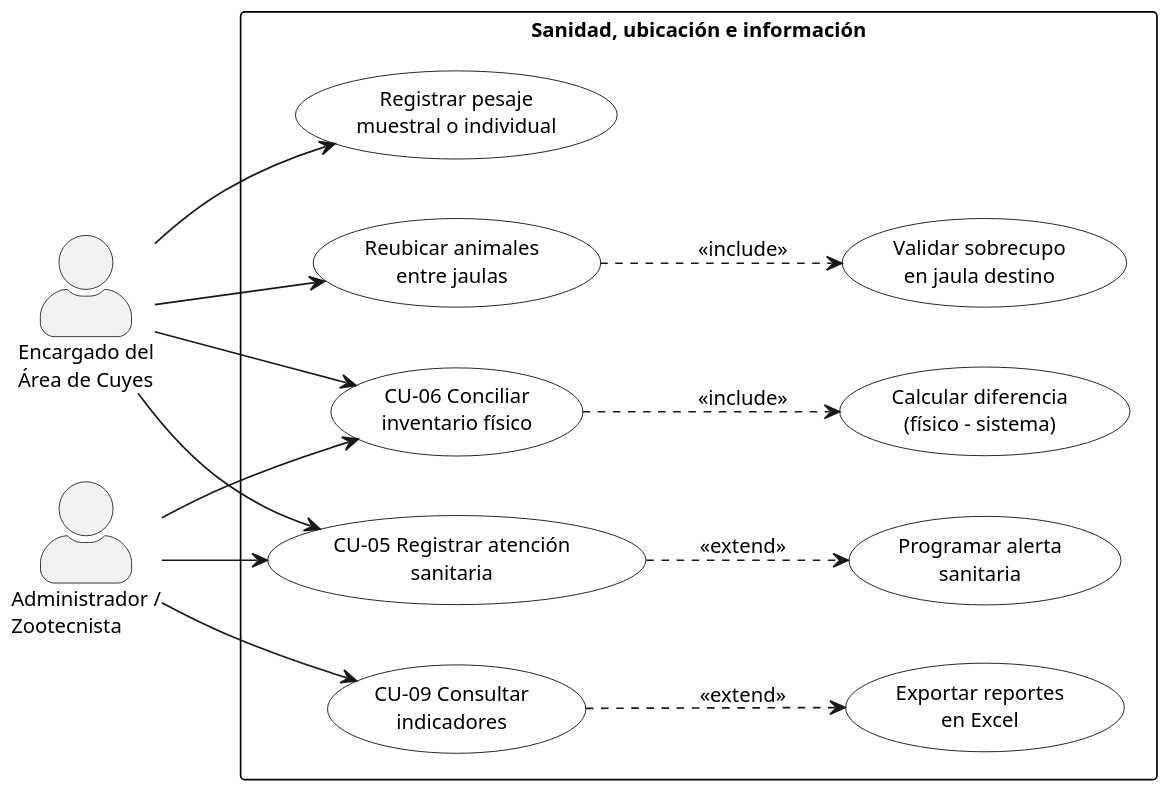
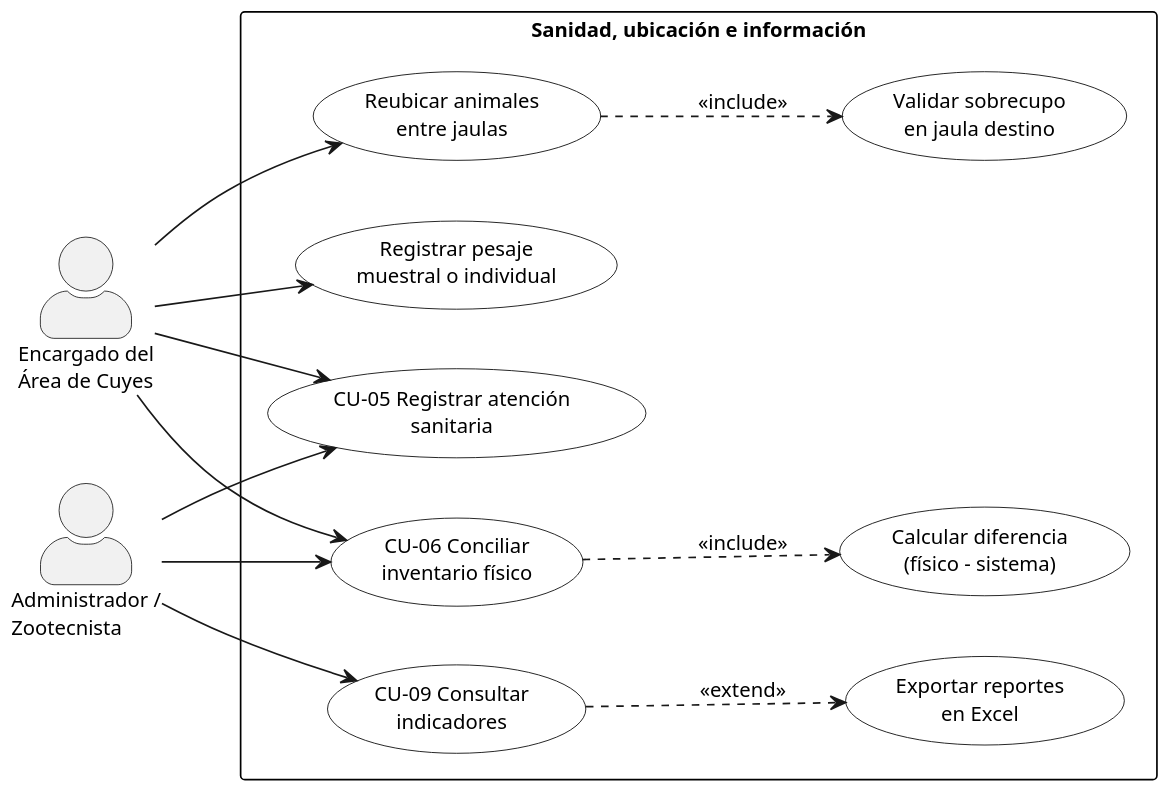
Before and after one commit to juan745Guevara/Cuy-system: the eighth of 8 diagrams in docs/entregable_final/secciones/02-modelo-dominio.md, drawn with PlantUML. The commit also changed other lines of this file and 25 other files, not shown here.

````diff
--- a/docs/entregable_final/secciones/02-modelo-dominio.md
+++ b/docs/entregable_final/secciones/02-modelo-dominio.md
@@ -491,46 +490,44 @@
 ```plantuml {caption="Casos de uso de sanidad, jaulas, inventario y reportes"}
 @startuml
 left to right direction
 skinparam dpi 150
 skinparam shadowing false
 skinparam packageStyle rectangle
 skinparam defaultFontSize 12
 skinparam actorStyle awesome
 skinparam rectangle {
   BackgroundColor White
   BorderColor Black
 }
 skinparam usecase {
   BackgroundColor White
   BorderColor Black
 }
 
 actor "Encargado del\nÁrea de Cuyes" as EN
 actor "Administrador /\nZootecnista" as AD
 
 rectangle "Sanidad, ubicación e información" {
   usecase "CU-05 Registrar atención\nsanitaria" as UC05
-  usecase "Programar alerta\nsanitaria" as UC_ALERT
   usecase "Registrar pesaje\nmuestral o individual" as UC_PESO
   usecase "Reubicar animales\nentre jaulas" as UC_MOV
   usecase "Validar sobrecupo\nen jaula destino" as UC_SOBRE
   usecase "CU-06 Conciliar\ninventario físico" as UC06
   usecase "Calcular diferencia\n(físico - sistema)" as UC_DISC
   usecase "CU-09 Consultar\nindicadores" as UC09
   usecase "Exportar reportes\nen Excel" as UC_EXP
 }
 
 EN --> UC05
 EN --> UC_PESO
 EN --> UC_MOV
 EN --> UC06
 AD --> UC05
 AD --> UC06
 AD --> UC09
 
-UC05 ..> UC_ALERT : <<extend>>
 UC_MOV ..> UC_SOBRE : <<include>>
 UC06 ..> UC_DISC : <<include>>
 UC09 ..> UC_EXP : <<extend>>
 @enduml
 ```
````
